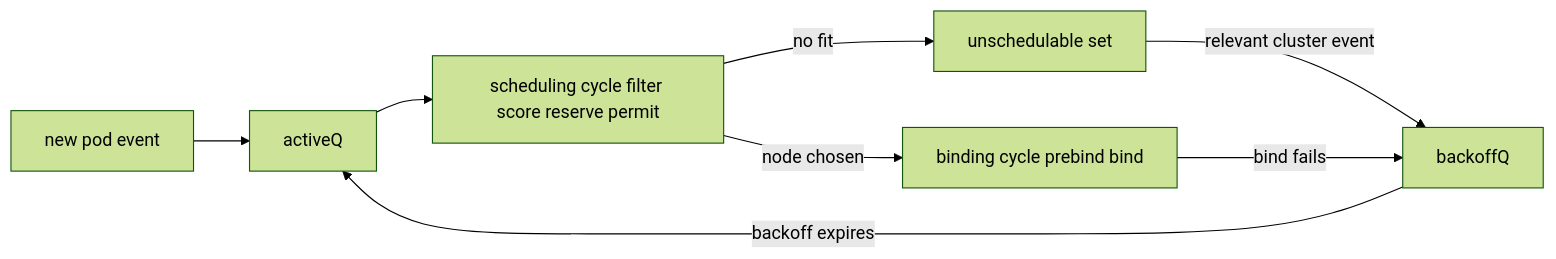
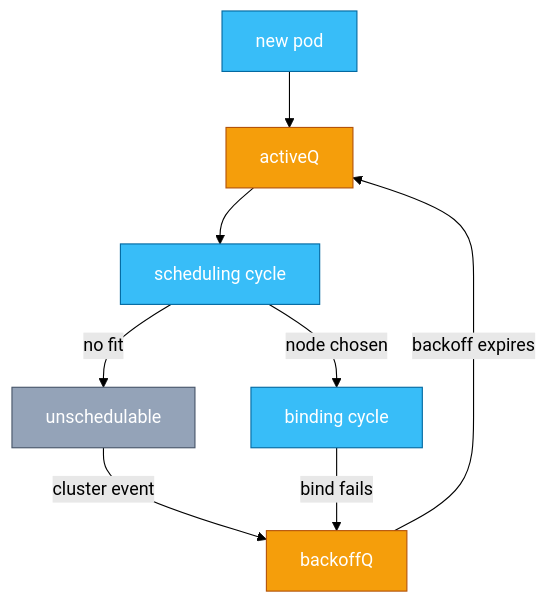
The first of 4 diagrams in chapters/ch03.md (sanketsudake/k8s-worksheet), drawn with Mermaid (forest theme) before and after one commit. The commit also changed other lines of this file, not shown here.

Commit message:
ch03: bring diagrams within the print-size gate
Shortened labels and message text, applied the semantic palette to
flowcharts, and added autonumber to sequence diagrams. Participants,
nodes and edges are unchanged.

````diff
--- a/chapters/ch03.md
+++ b/chapters/ch03.md
@@ -17,10 +17,17 @@
 ```mermaid
-flowchart LR
-  NEW[new pod event] --> AQ[activeQ]
-  AQ --> SC[scheduling cycle filter score reserve permit]
-  SC -->|node chosen| BC[binding cycle prebind bind]
-  SC -->|no fit| US[unschedulable set]
-  US -->|relevant cluster event| BQ[backoffQ]
+flowchart TD
+  NEW[new pod] --> AQ[activeQ]
+  AQ --> SC[scheduling cycle]
+  SC -->|node chosen| BC[binding cycle]
+  SC -->|no fit| US[unschedulable]
+  US -->|cluster event| BQ[backoffQ]
   BQ -->|backoff expires| AQ
   BC -->|bind fails| BQ
+
+  classDef process fill:#38bdf8,stroke:#0369a1,color:#fff
+  classDef lease fill:#f59e0b,stroke:#b45309,color:#fff
+  classDef standby fill:#94a3b8,stroke:#475569,color:#fff
+  class NEW,SC,BC process
+  class AQ,BQ lease
+  class US standby
 ```
````
